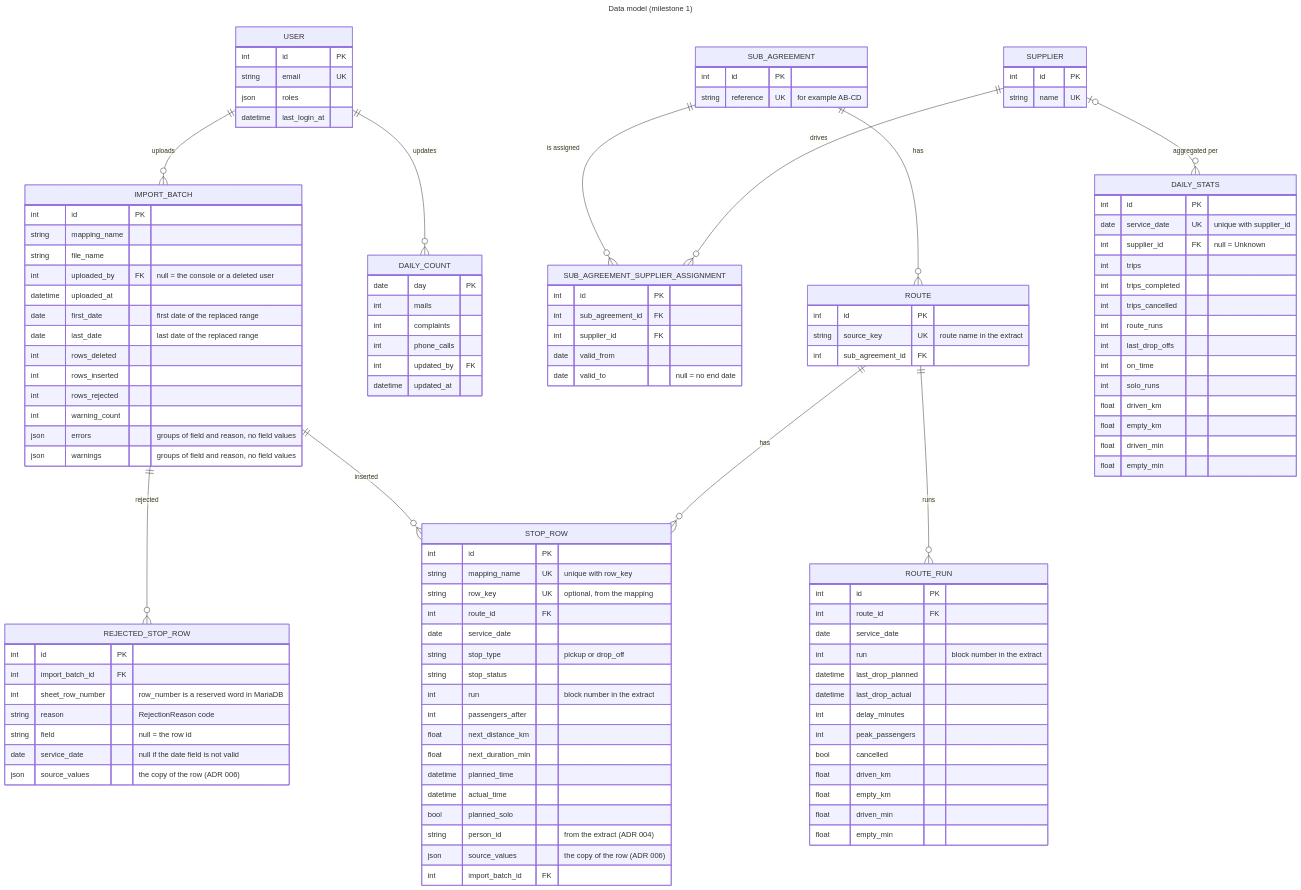
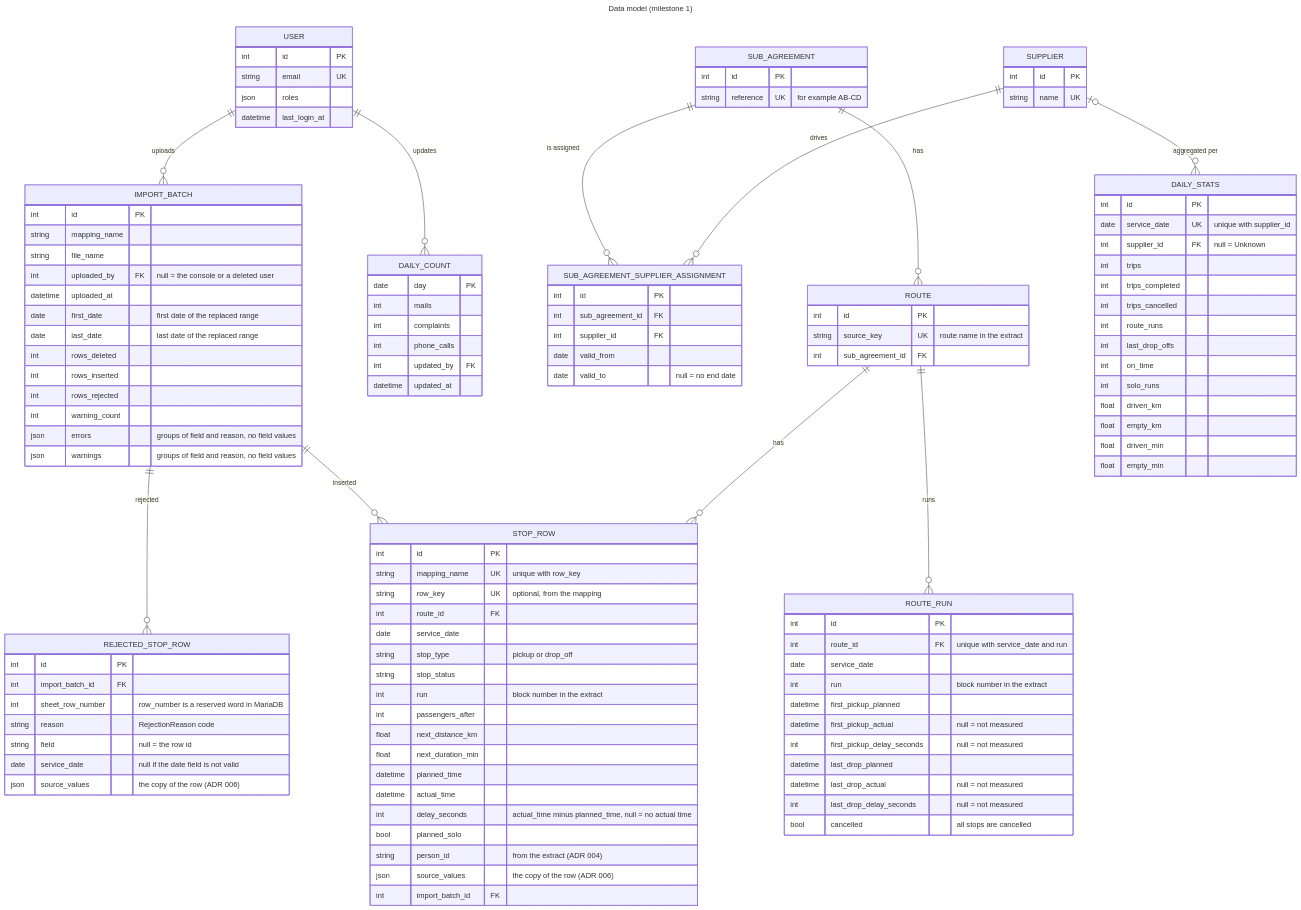
Before and after one commit to itk-dev/koerselsoverblik: the fourth of 7 diagrams in docs/architecture.md, drawn with Mermaid. The commit also changed other lines of this file and 1 other file, not shown here.

Commit message:
docs: describe the route runs and the delay of each stop in seconds

```diff
--- a/docs/architecture.md
+++ b/docs/architecture.md
@@ -292,6 +292,7 @@
         float next_duration_min
         datetime planned_time
         datetime actual_time
+        int delay_seconds "actual_time minus planned_time, null = no actual time"
         bool planned_solo
         string person_id "from the extract (ADR 004)"
         json source_values "the copy of the row (ADR 006)"
@@ -308,18 +309,16 @@
     }
     ROUTE_RUN {
         int id PK
-        int route_id FK
+        int route_id FK "unique with service_date and run"
         date service_date
         int run "block number in the extract"
+        datetime first_pickup_planned
+        datetime first_pickup_actual "null = not measured"
+        int first_pickup_delay_seconds "null = not measured"
         datetime last_drop_planned
-        datetime last_drop_actual
-        int delay_minutes
-        int peak_passengers
-        bool cancelled
-        float driven_km
-        float empty_km
-        float driven_min
-        float empty_min
+        datetime last_drop_actual "null = not measured"
+        int last_drop_delay_seconds "null = not measured"
+        bool cancelled "all stops are cancelled"
     }
     DAILY_STATS {
         int id PK
```
